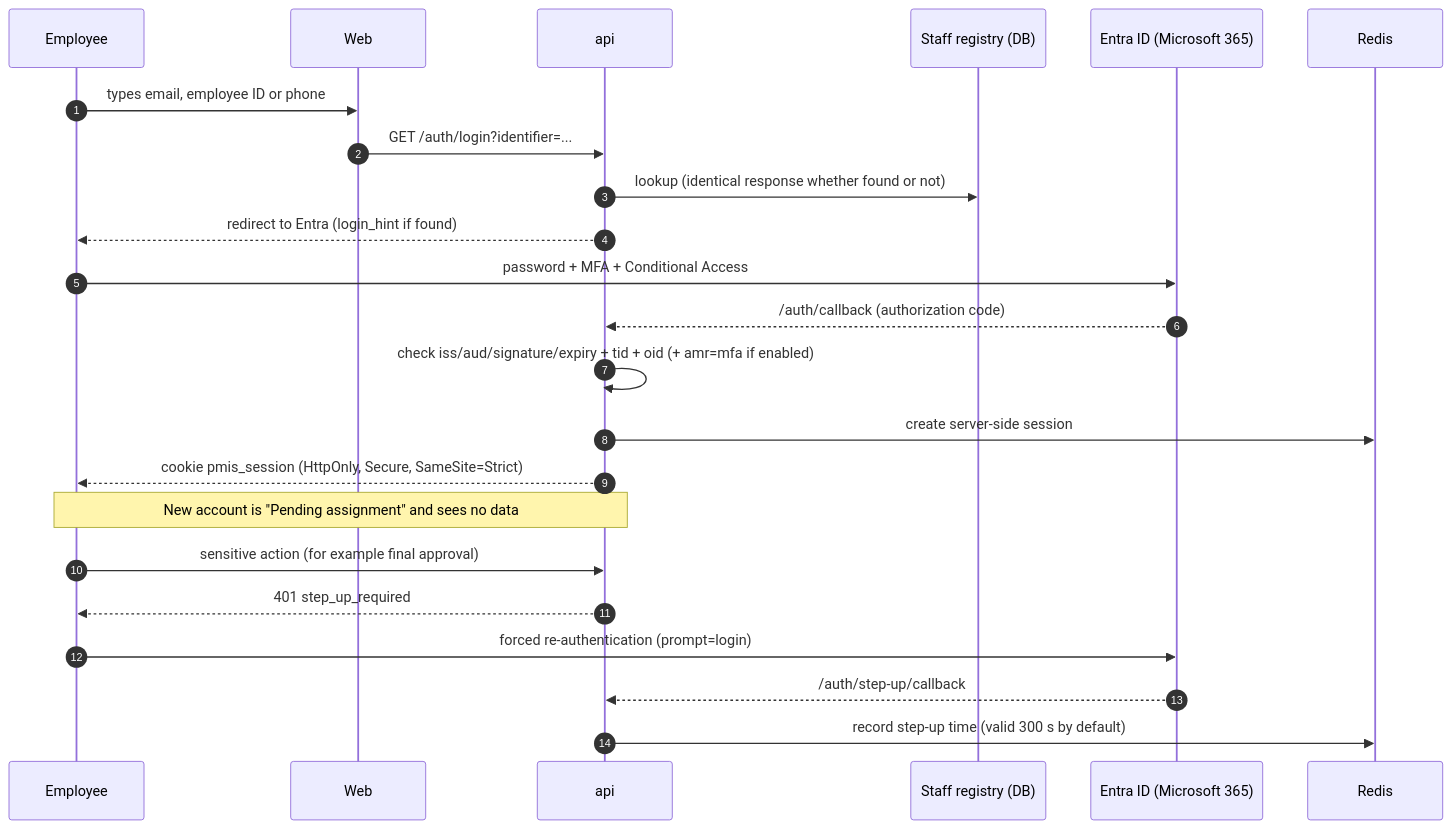
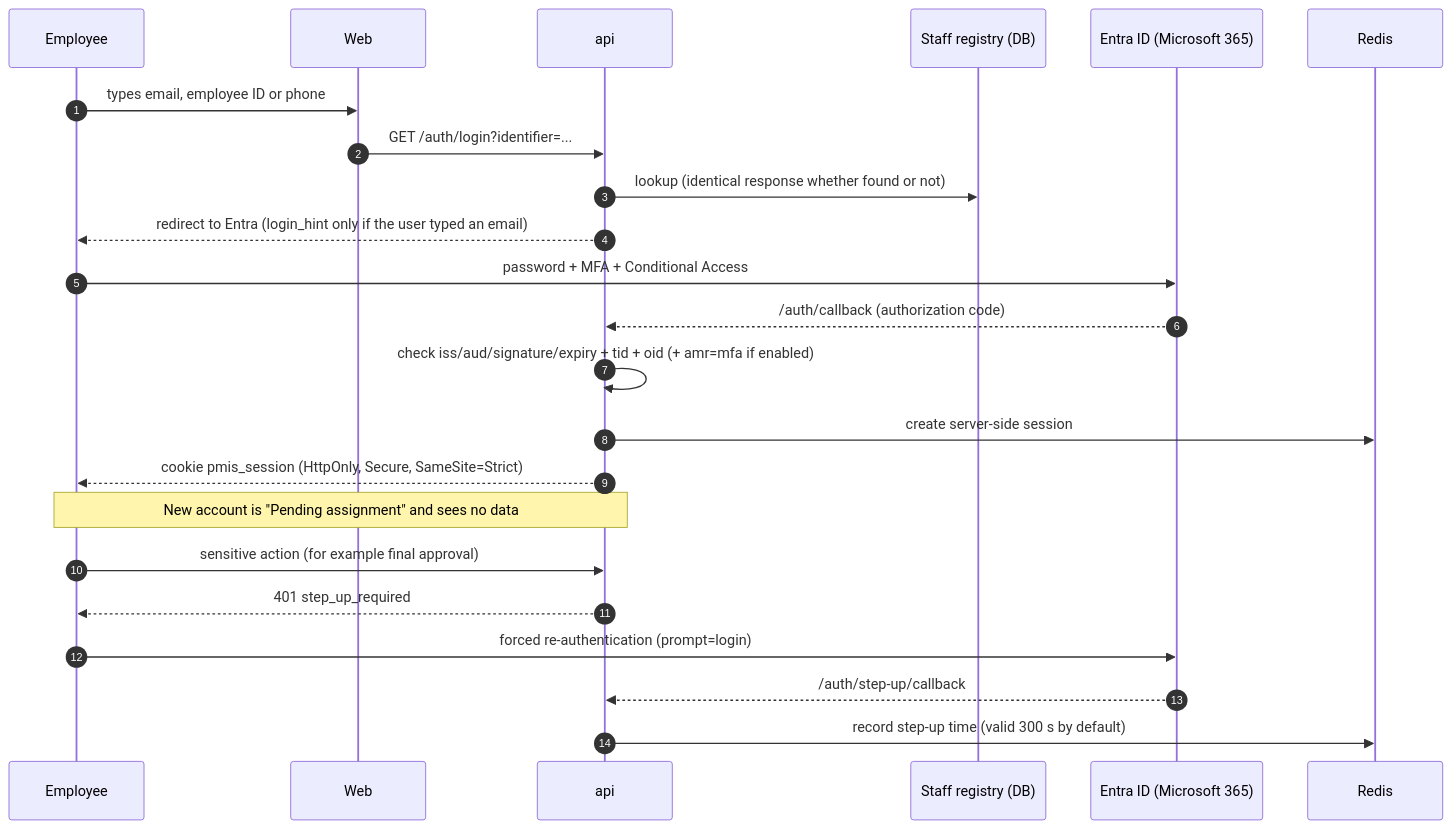
The fourth of 4 diagrams in pmis/docs/customer/03-architecture-and-data.md (scupecenter/My_Repo), drawn with Mermaid before and after one commit. The commit also changed other lines of this file and 4 other files, not shown here.

First line of the commit message:
Never put a registry email in the sign-in redirect; bound custom-field regex

````diff
--- a/pmis/docs/customer/03-architecture-and-data.md
+++ b/pmis/docs/customer/03-architecture-and-data.md
@@ -207,25 +207,25 @@
 ```mermaid
 sequenceDiagram
   autonumber
   participant U as Employee
   participant W as Web
   participant A as api
   participant S as Staff registry (DB)
   participant E as Entra ID (Microsoft 365)
   participant R as Redis
   U->>W: types email, employee ID or phone
   W->>A: GET /auth/login?identifier=...
   A->>S: lookup (identical response whether found or not)
-  A-->>U: redirect to Entra (login_hint if found)
+  A-->>U: redirect to Entra (login_hint only if the user typed an email)
   U->>E: password + MFA + Conditional Access
   E-->>A: /auth/callback (authorization code)
   A->>A: check iss/aud/signature/expiry + tid + oid (+ amr=mfa if enabled)
   A->>R: create server-side session
   A-->>U: cookie pmis_session (HttpOnly, Secure, SameSite=Strict)
   Note over A,U: New account is "Pending assignment" and sees no data
   U->>A: sensitive action (for example final approval)
   A-->>U: 401 step_up_required
   U->>E: forced re-authentication (prompt=login)
   E-->>A: /auth/step-up/callback
   A->>R: record step-up time (valid 300 s by default)
 ```
````
